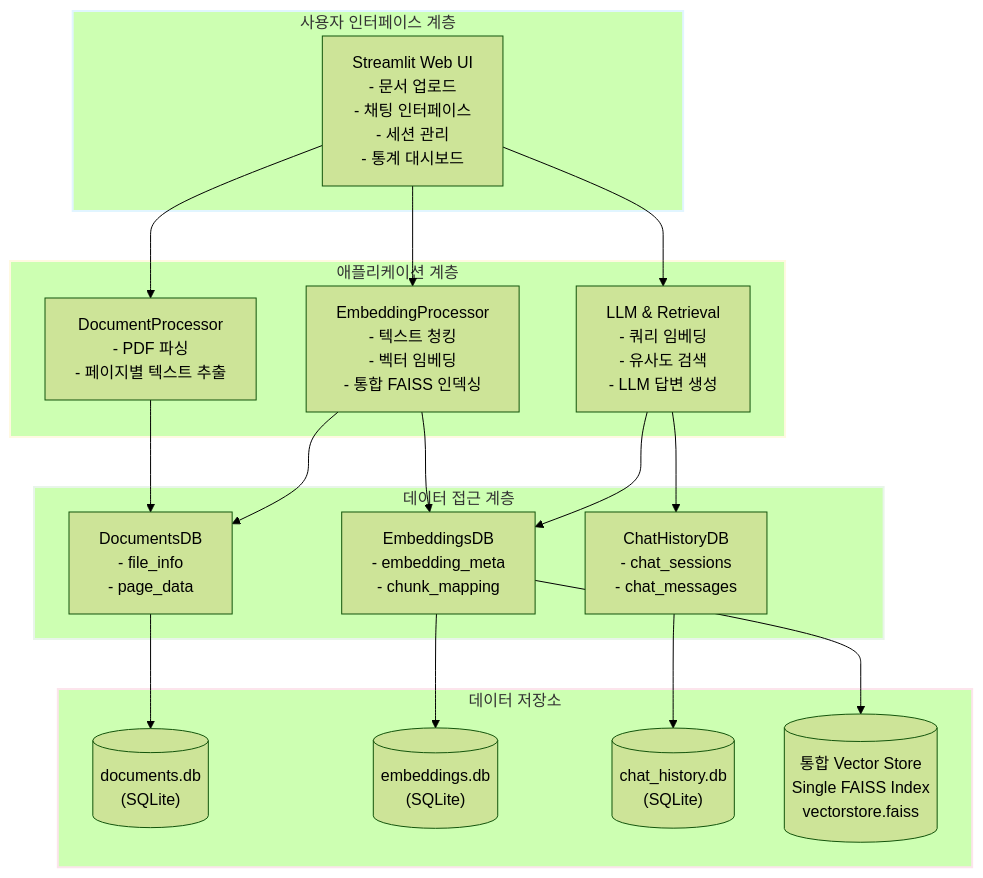
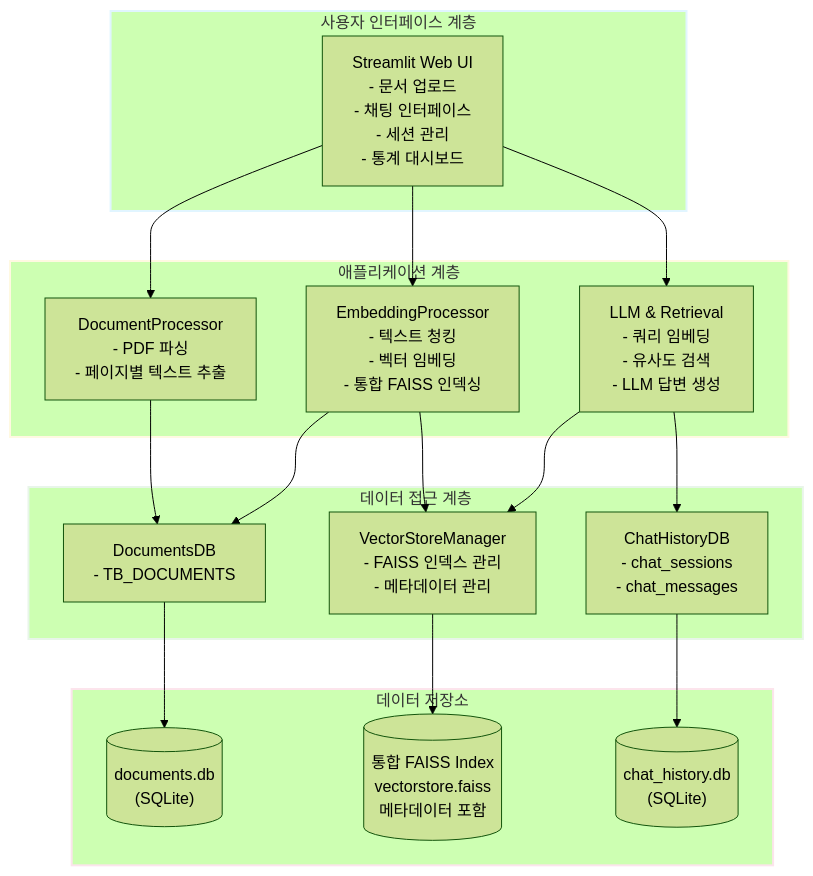
One commit to c0z0c/codeit_ai_g2b_search changed the first of 11 diagrams in docs/doc/시스템_아키텍처_설계서.md. Above: the diagram before and after it, drawn with Mermaid (forest theme). The commit also changed other lines of this file, not shown here.

````diff
--- a/docs/doc/시스템_아키텍처_설계서.md
+++ b/docs/doc/시스템_아키텍처_설계서.md
@@ -55,45 +55,43 @@
 ```mermaid
 graph TB
     subgraph UI["사용자 인터페이스 계층"]
         WebUI["Streamlit Web UI<br/>- 문서 업로드<br/>- 채팅 인터페이스<br/>- 세션 관리<br/>- 통계 대시보드"]
     end
 
     subgraph APP["애플리케이션 계층"]
         DocProc["DocumentProcessor<br/>- PDF 파싱<br/>- 페이지별 텍스트 추출"]
         EmbProc["EmbeddingProcessor<br/>- 텍스트 청킹<br/>- 벡터 임베딩<br/>- 통합 FAISS 인덱싱"]
         LLMProc["LLM & Retrieval<br/>- 쿼리 임베딩<br/>- 유사도 검색<br/>- LLM 답변 생성"]
     end
 
     subgraph DAL["데이터 접근 계층"]
-        DocsDB["DocumentsDB<br/>- file_info<br/>- page_data"]
-        EmbDB["EmbeddingsDB<br/>- embedding_meta<br/>- chunk_mapping"]
+        DocsDB["DocumentsDB<br/>- TB_DOCUMENTS"]
+        VectorMgr["VectorStoreManager<br/>- FAISS 인덱스 관리<br/>- 메타데이터 관리"]
         ChatDB["ChatHistoryDB<br/>- chat_sessions<br/>- chat_messages"]
     end
 
     subgraph STORAGE["데이터 저장소"]
         SQLite1[("documents.db<br/>(SQLite)")]
-        SQLite2[("embeddings.db<br/>(SQLite)")]
-        SQLite3[("chat_history.db<br/>(SQLite)")]
-        FAISS[("통합 Vector Store<br/>Single FAISS Index<br/>vectorstore.faiss")]
+        SQLite2[("chat_history.db<br/>(SQLite)")]
+        FAISS[("통합 FAISS Index<br/>vectorstore.faiss<br/>메타데이터 포함")]
     end
 
     WebUI --> DocProc
     WebUI --> EmbProc
     WebUI --> LLMProc
 
     DocProc --> DocsDB
-    EmbProc --> EmbDB
     EmbProc --> DocsDB
-    LLMProc --> EmbDB
+    EmbProc --> VectorMgr
+    LLMProc --> VectorMgr
     LLMProc --> ChatDB
 
     DocsDB --> SQLite1
-    EmbDB --> SQLite2
-    ChatDB --> SQLite3
-    EmbDB --> FAISS
+    ChatDB --> SQLite2
+    VectorMgr --> FAISS
 
     style UI stroke-width:2px,stroke:#e1f5ff
     style APP stroke-width:2px,stroke:#fff9e1
     style DAL stroke-width:2px,stroke:#e8f5e9
     style STORAGE stroke-width:2px,stroke:#fce4ec
 ```
````
